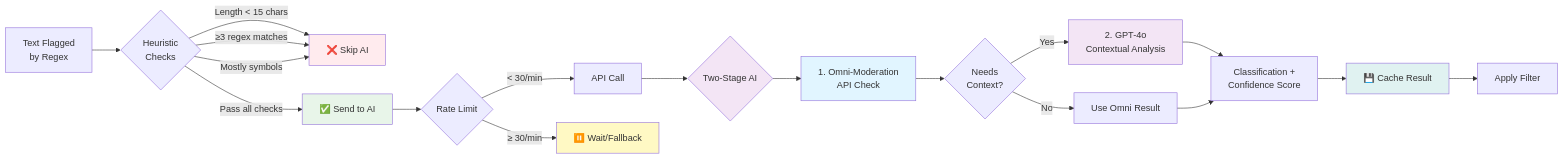
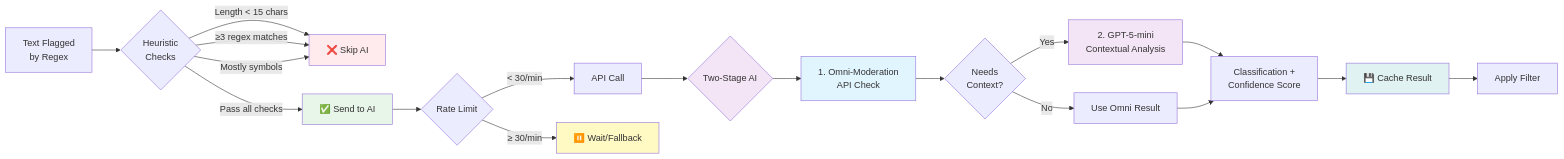
One commit to shinjitsue/JoSan changed the second of 4 diagrams in README.md. Above: the diagram before and after it, drawn with Mermaid. The commit also changed other lines of this file, not shown here.

Commit message:
docs: update README with AI architecture diagrams

````diff
--- a/README.md
+++ b/README.md
@@ -397,34 +397,34 @@
 ```mermaid
 graph LR
     A[Text Flagged<br/>by Regex] --> B{Heuristic<br/>Checks}
 
     B -->|Length < 15 chars| C[❌ Skip AI]
     B -->|≥3 regex matches| C
     B -->|Mostly symbols| C
     B -->|Pass all checks| D[✅ Send to AI]
 
     D --> E{Rate Limit}
     E -->|< 30/min| F[API Call]
     E -->|≥ 30/min| G[⏸️ Wait/Fallback]
 
     F --> H{Two-Stage AI}
     H --> I[1. Omni-Moderation<br/>API Check]
     I --> J{Needs<br/>Context?}
 
-    J -->|Yes| K[2. GPT-4o<br/>Contextual Analysis]
+    J -->|Yes| K[2. GPT-5-mini<br/>Contextual Analysis]
     J -->|No| L[Use Omni Result]
 
     K --> M[Classification +<br/>Confidence Score]
     L --> M
 
     M --> N[💾 Cache Result]
     N --> O[Apply Filter]
 
     style C fill:#ffebee
     style D fill:#e8f5e9
     style G fill:#fff9c4
     style H fill:#f3e5f5
     style I fill:#e1f5ff
     style K fill:#f3e5f5
     style N fill:#e0f2f1
 ```
````
